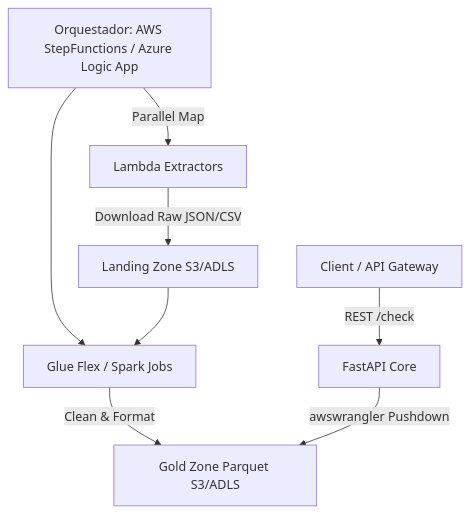
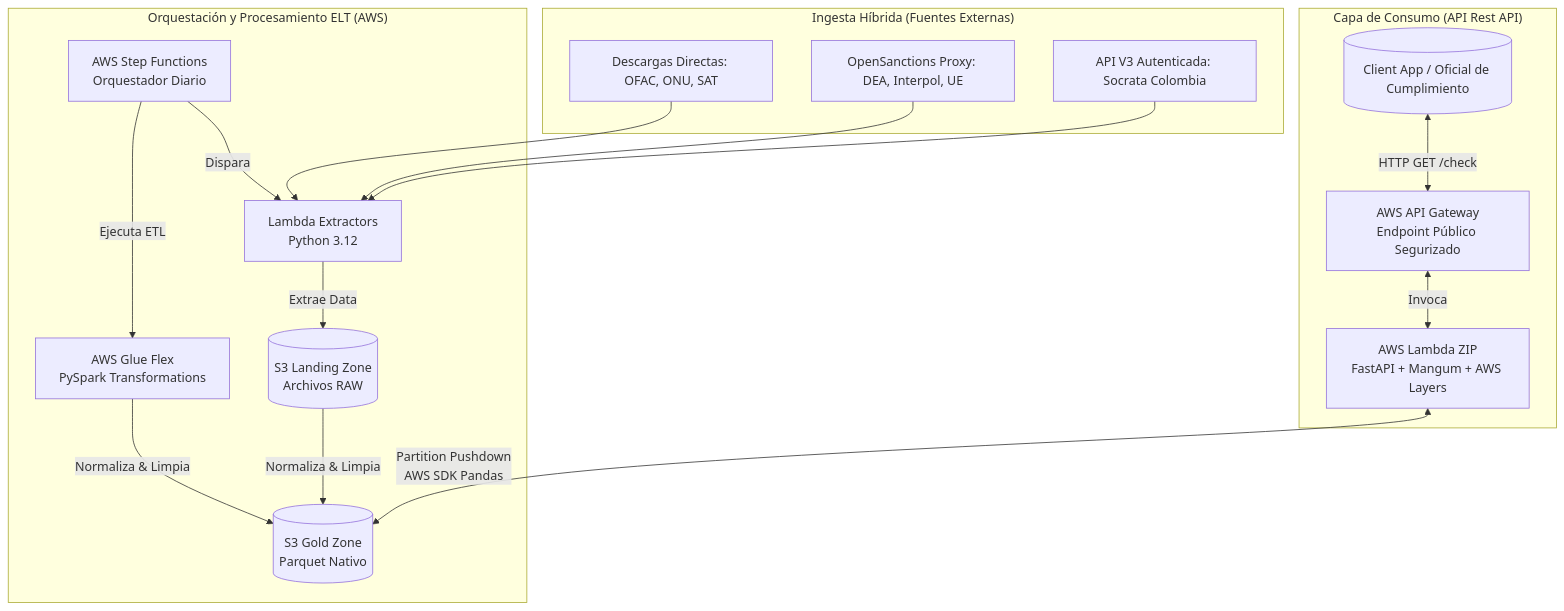
Before and after one commit to reines-dev/azure-compliance-delta-lake: the diagram in README.md, drawn with Mermaid. The commit also changed other lines of this file, not shown here.

Commit message:
docs: Rewrite README.md as Data Engineering Impact Documentation

````diff
--- a/README.md
+++ b/README.md
@@ -18,11 +13,33 @@
 ```mermaid
 graph TD
-    Trigger[Orquestador: AWS StepFunctions / Azure Logic App] -->|Parallel Map| Ingest[Lambda Extractors]
-    Ingest -->|Download Raw JSON/CSV| Bronce[Landing Zone S3/ADLS]
-    Trigger --> Transform[Glue Flex / Spark Jobs]
-    Bronce --> Transform
-    Transform -->|Clean & Format| Gold[Gold Zone Parquet S3/ADLS]
-    
-    API[Client / API Gateway] -->|REST /check| FastAPI[FastAPI Core]
-    FastAPI -->|awswrangler Pushdown| Gold
+    subgraph "Ingesta Híbrida (Fuentes Externas)"
+        Direct[Descargas Directas: OFAC, ONU, SAT]
+        Proxy[OpenSanctions Proxy: DEA, Interpol, UE]
+        Auth[API V3 Autenticada: Socrata Colombia]
+    end
+
+    subgraph "Orquestación y Procesamiento ELT (AWS)"
+        StepFunc[AWS Step Functions\nOrquestador Diario]
+        Extractors[Lambda Extractors\nPython 3.12]
+        RawZone[(S3 Landing Zone\nArchivos RAW)]
+        Glue[AWS Glue Flex\nPySpark Transformations]
+        GoldZone[(S3 Gold Zone\nParquet Nativo)]
+        
+        StepFunc -->|Dispara| Extractors
+        Extractors -->|Extrae Data| RawZone
+        StepFunc -->|Ejecuta ETL| Glue
+        Glue & RawZone -->|Normaliza & Limpia| GoldZone
+    end
+
+    subgraph "Capa de Consumo (API Rest API)"
+        Client[(Client App / Oficial de Cumplimiento)]
+        APIGW[AWS API Gateway\nEndpoint Público Segurizado]
+        LambdaAPI[AWS Lambda ZIP\nFastAPI + Mangum + AWS Layers]
+        
+        Client <-->|HTTP GET /check| APIGW
+        APIGW <-->|Invoca| LambdaAPI
+        LambdaAPI <-->|Partition Pushdown\nAWS SDK Pandas| GoldZone
+    end
+
+    Direct & Proxy & Auth --> Extractors
 ```
````
